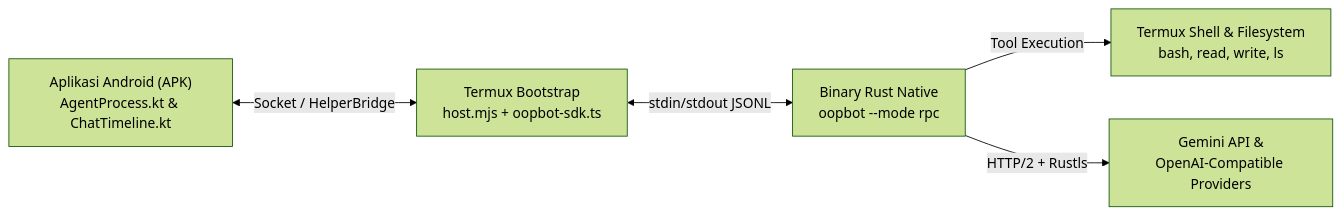
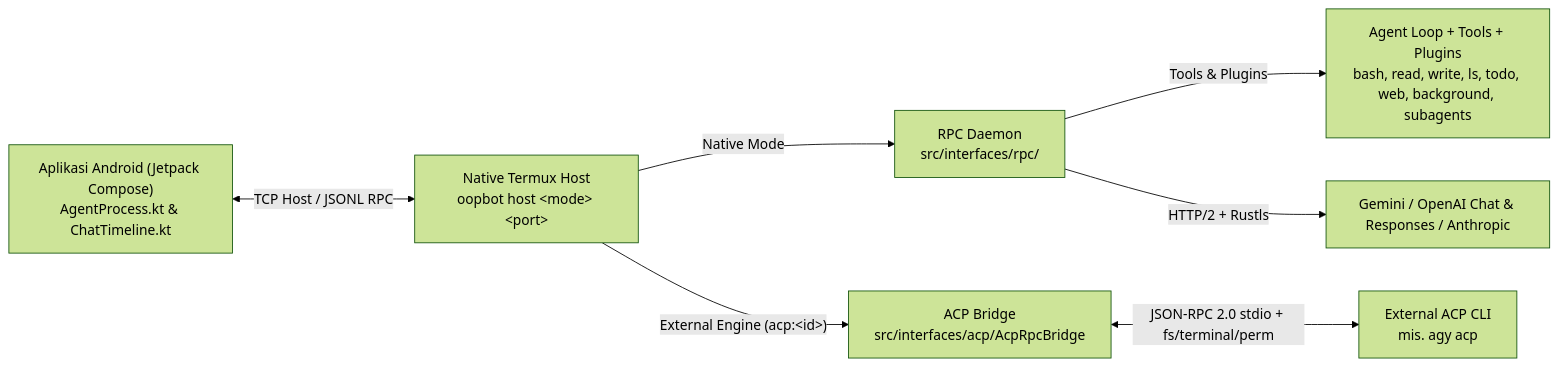
Before and after one commit to Ahmadfauzi34/OOPBoT: the diagram in README.md, drawn with Mermaid (forest theme). The commit also changed other lines of this file, not shown here.

Commit message:
docs(readme): update architecture, ACP bridge, and module layout

````diff
--- a/README.md
+++ b/README.md
@@ -17,7 +18,9 @@
 ```mermaid
 flowchart LR
-    APK["Aplikasi Android (APK)<br/>AgentProcess.kt & ChatTimeline.kt"] <-->|"Socket / HelperBridge"| Host["Termux Bootstrap<br/>host.mjs + oopbot-sdk.ts"]
-    Host <-->|"stdin/stdout JSONL"| RPC["Binary Rust Native<br/>oopbot --mode rpc"]
-    RPC -->|"Tool Execution"| Tools["Termux Shell & Filesystem<br/>bash, read, write, ls"]
-    RPC -->|"HTTP/2 + Rustls"| LLM["Gemini API &<br/>OpenAI-Compatible Providers"]
+    APK["Aplikasi Android (Jetpack Compose)<br/>AgentProcess.kt & ChatTimeline.kt"] <-->|"TCP Host / JSONL RPC"| Host["Native Termux Host<br/>oopbot host &lt;mode&gt; &lt;port&gt;"]
+    Host -->|"Native Mode"| RPC["RPC Daemon<br/>src/interfaces/rpc/"]
+    Host -->|"External Engine (acp:&lt;id&gt;)"| ACP["ACP Bridge<br/>src/interfaces/acp/AcpRpcBridge"]
+    RPC -->|"Tools & Plugins"| Core["Agent Loop + Tools + Plugins<br/>bash, read, write, ls, todo, web, background, subagents"]
+    RPC -->|"HTTP/2 + Rustls"| LLM["Gemini / OpenAI Chat &amp; Responses / Anthropic"]
+    ACP <-->|"JSON-RPC 2.0 stdio + fs/terminal/perm"| ExtCLI["External ACP CLI<br/>mis. agy acp"]
 ```
````
